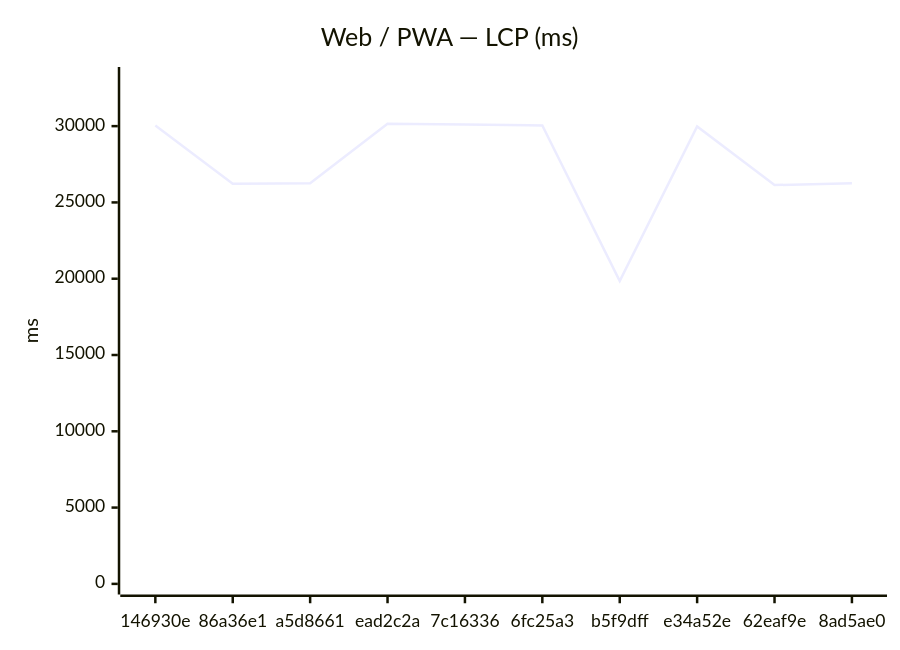
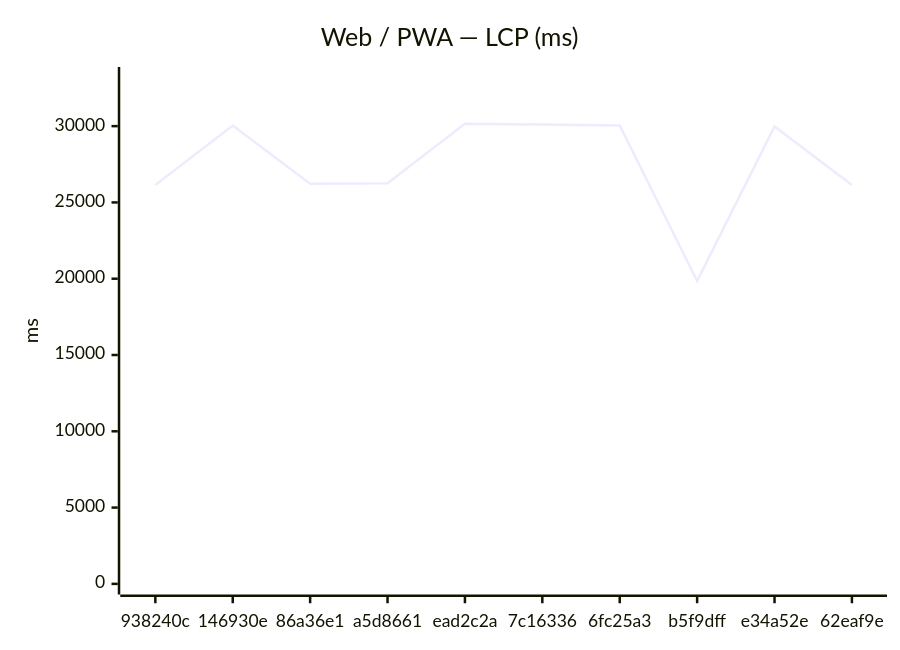
One commit to Metaheurist/Rianell changed the first of 12 diagrams in benchmarks/compare.md. Above: the diagram before and after it, drawn with Mermaid. The commit also changed other lines of this file and 8 other files, not shown here.

````diff
--- a/benchmarks/compare.md
+++ b/benchmarks/compare.md
@@ -24,7 +24,7 @@
 ```mermaid
 xychart-beta
     title "Web / PWA — LCP (ms)"
-    x-axis ["146930e", "86a36e1", "a5d8661", "ead2c2a", "7c16336", "6fc25a3", "b5f9dff", "e34a52e", "62eaf9e", "8ad5ae0"]
+    x-axis ["938240c", "146930e", "86a36e1", "a5d8661", "ead2c2a", "7c16336", "6fc25a3", "b5f9dff", "e34a52e", "62eaf9e"]
     y-axis "ms" 0 --> 33179
-    line [30039, 26222, 26258, 30162, 30106, 30044, 19849, 29974, 26139, 26251]
+    line [26143, 30039, 26222, 26258, 30162, 30106, 30044, 19849, 29974, 26139]
 ```
````
